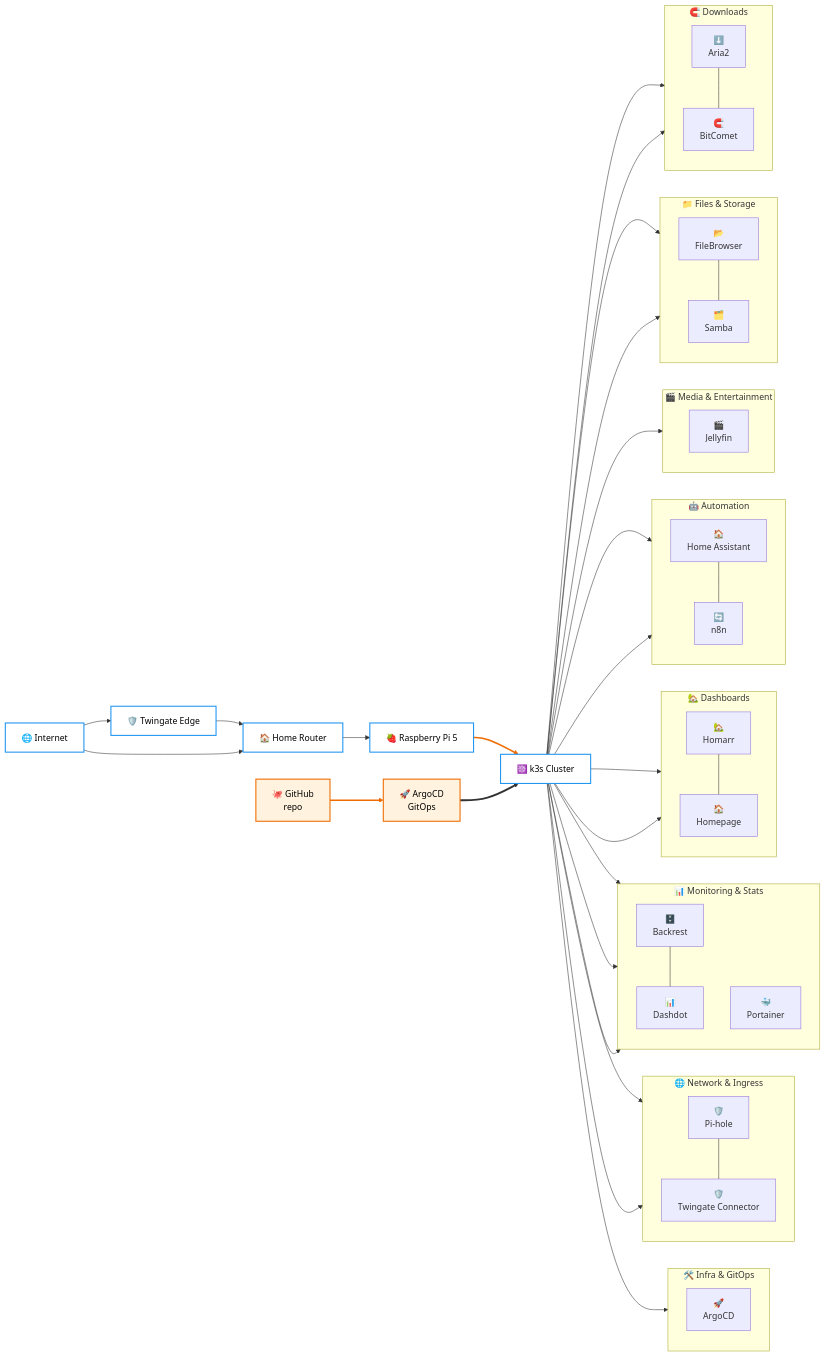
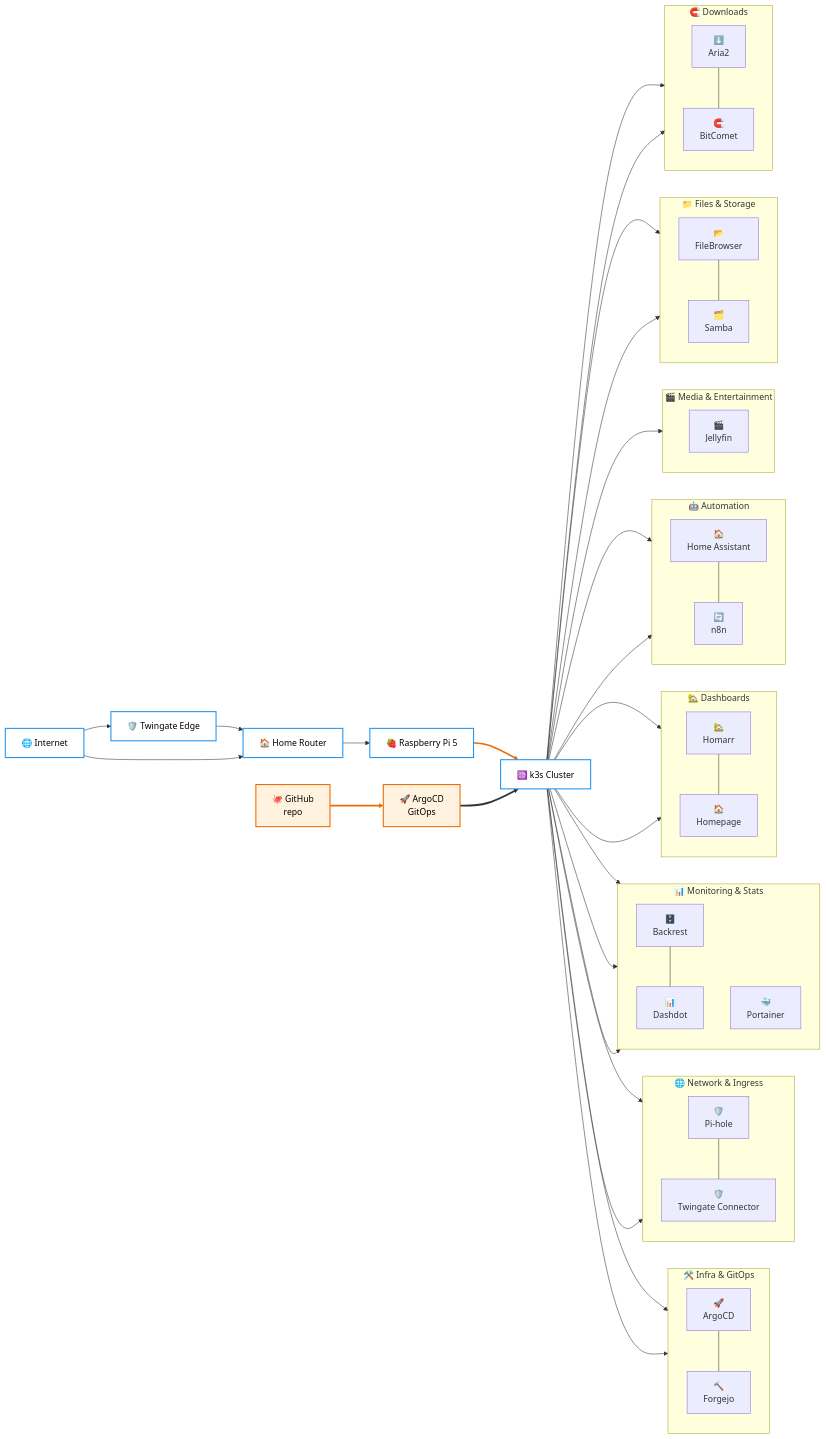
The diagram in k3s/README.md (Thre4dripper/Home-Server-Lab), drawn with Mermaid before and after one commit. The commit also changed other lines of this file and 7 other files, not shown here.

```diff
--- a/k3s/README.md
+++ b/k3s/README.md
@@ -95,8 +95,11 @@
     subgraph InfraGitOps["🛠️ Infra & GitOps"]
         direction TB
         argocd[🚀<br/>ArgoCD]
+        forgejo[🔨<br/>Forgejo]
+        argocd --- forgejo
     end
     K3s --> argocd
+    K3s --> forgejo
 
     subgraph NetworkIngress["🌐 Network & Ingress"]
         direction TB
```
